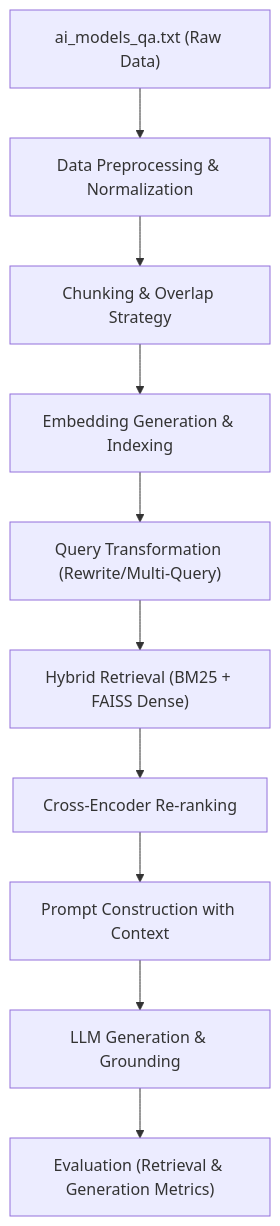
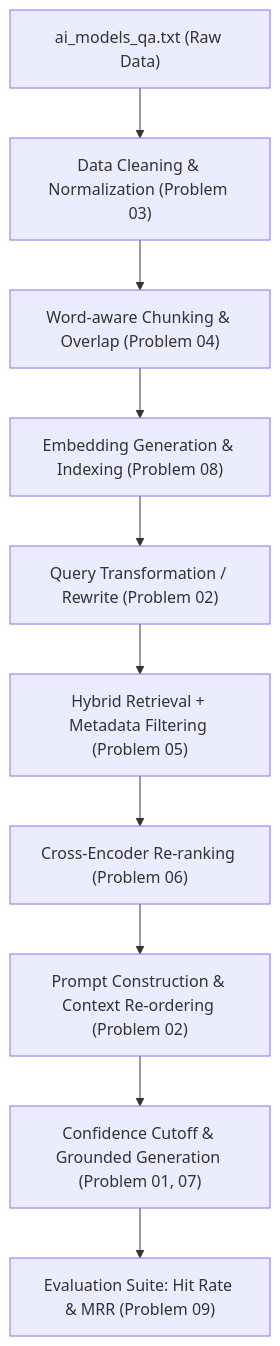
One commit to Nonyeol/ATCS-CPE changed the diagram in LAB05/README.md. Above: the diagram before and after it, drawn with Mermaid. The commit also changed other lines of this file and 21 other files, not shown here.

````diff
--- a/LAB05/README.md
+++ b/LAB05/README.md
@@ -17,12 +19,12 @@
 ```mermaid
 graph TD
-    A["ai_models_qa.txt (Raw Data)"] --> B["Data Preprocessing & Normalization"]
-    B --> C["Chunking & Overlap Strategy"]
-    C --> D["Embedding Generation & Indexing"]
-    D --> E["Query Transformation (Rewrite/Multi-Query)"]
-    E --> F["Hybrid Retrieval (BM25 + FAISS Dense)"]
-    F --> G["Cross-Encoder Re-ranking"]
-    G --> H["Prompt Construction with Context"]
-    H --> I["LLM Generation & Grounding"]
-    I --> J["Evaluation (Retrieval & Generation Metrics)"]
+    A["ai_models_qa.txt (Raw Data)"] --> B["Data Cleaning & Normalization (Problem 03)"]
+    B --> C["Word-aware Chunking & Overlap (Problem 04)"]
+    C --> D["Embedding Generation & Indexing (Problem 08)"]
+    D --> E["Query Transformation / Rewrite (Problem 02)"]
+    E --> F["Hybrid Retrieval + Metadata Filtering (Problem 05)"]
+    F --> G["Cross-Encoder Re-ranking (Problem 06)"]
+    G --> H["Prompt Construction & Context Re-ordering (Problem 02)"]
+    H --> I["Confidence Cutoff & Grounded Generation (Problem 01, 07)"]
+    I --> J["Evaluation Suite: Hit Rate & MRR (Problem 09)"]
 ```
````
